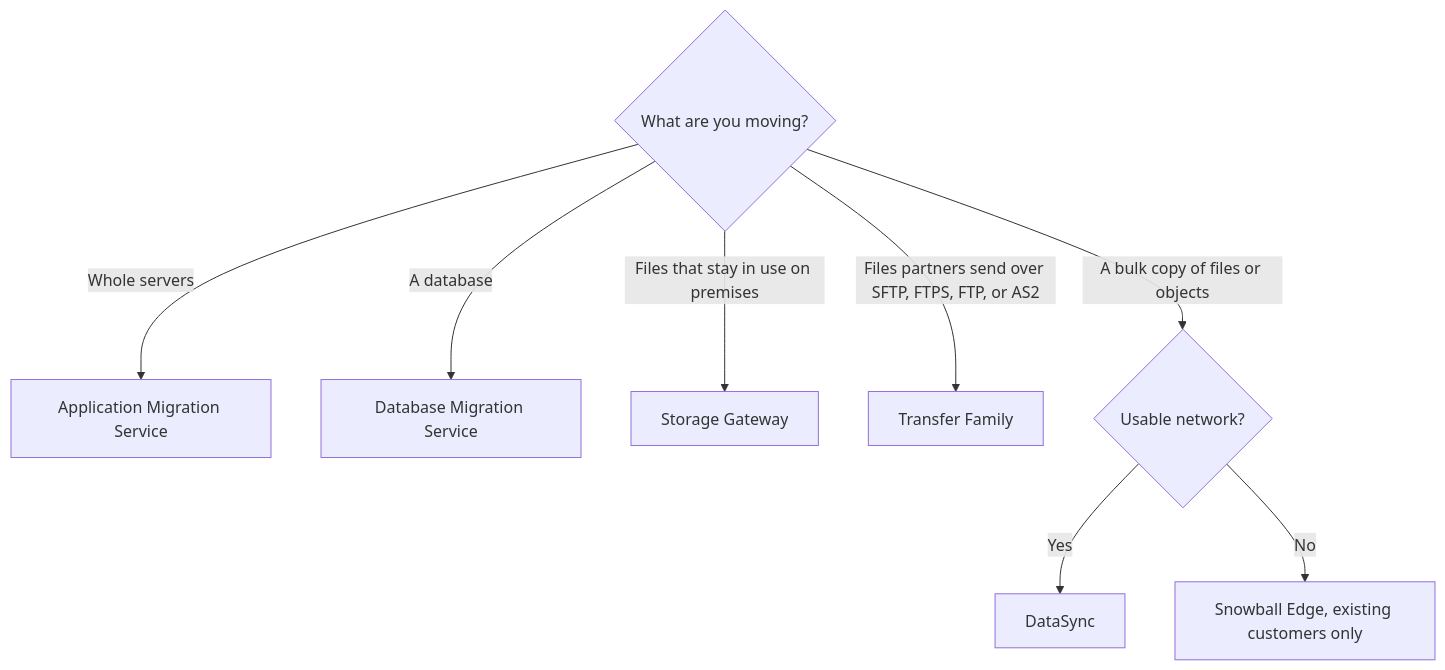
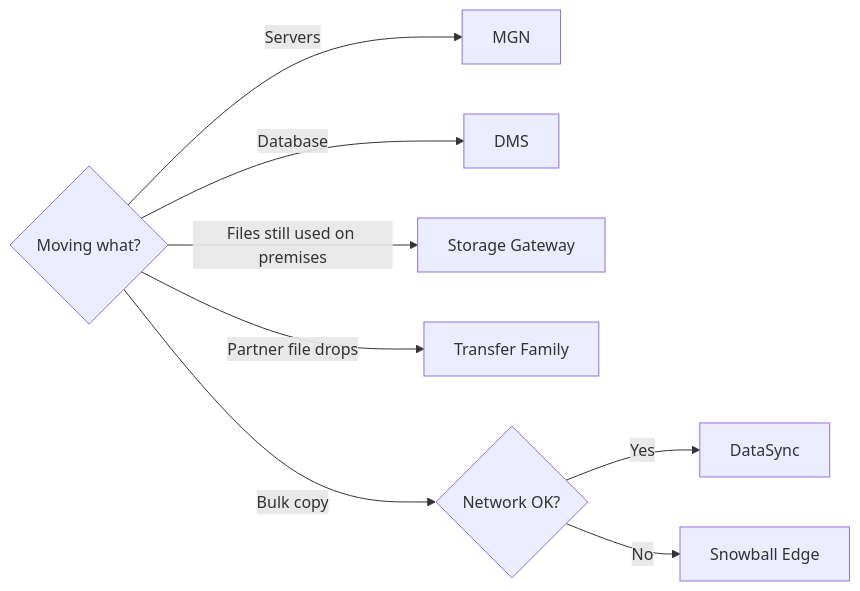
Before and after one commit to kelvinlee97/engineering: the diagram in wiki/engineering/aws/storage-and-migration.md, drawn with Mermaid. The commit also changed 2 other files, not shown here.

Commit message:
Make diagrams readable on phones (#101)
Wide Mermaid diagrams shrink to 20-50% on a 390px screen. Quartz's
expand button opens a pan-and-zoom view but only appears on hover, so
touch users never saw it: keep it visible on devices without hover,
above the diagram. Also shorten the migration chooser's labels and lay
it out left to right, and give the edge-protection subgraph a title
that fits.

Claude-Session: https://claude.ai/code/session_01U34mj4fo7u1wJU9yYJu7Eb

````diff
--- a/wiki/engineering/aws/storage-and-migration.md
+++ b/wiki/engineering/aws/storage-and-migration.md
@@ -56,12 +56,12 @@
 ```mermaid
-flowchart TD
+flowchart LR
     accTitle: Choosing an AWS service for moving data and workloads
     accDescr: Whole servers go to Application Migration Service and databases to Database Migration Service. Files that on-premises systems keep using go through Storage Gateway. Partner file exchange over SFTP, FTPS, FTP, or AS2 goes through Transfer Family. Bulk file copies go through DataSync when the network allows, and Snowball Edge devices otherwise, for existing customers.
-    Q{What are you moving?} -- Whole servers --> MGN[Application Migration Service]
-    Q -- A database --> DMS[Database Migration Service]
-    Q -- Files that stay in use on premises --> SG[Storage Gateway]
-    Q -- Files partners send over SFTP, FTPS, FTP, or AS2 --> TF[Transfer Family]
-    Q -- A bulk copy of files or objects --> N{Usable network?}
+    Q{Moving what?} -- Servers --> MGN[MGN]
+    Q -- Database --> DMS[DMS]
+    Q -- Files still used on premises --> SG[Storage Gateway]
+    Q -- Partner file drops --> TF[Transfer Family]
+    Q -- Bulk copy --> N{Network OK?}
     N -- Yes --> DS[DataSync]
-    N -- No --> SN[Snowball Edge, existing customers only]
+    N -- No --> SN[Snowball Edge]
 ```
````
